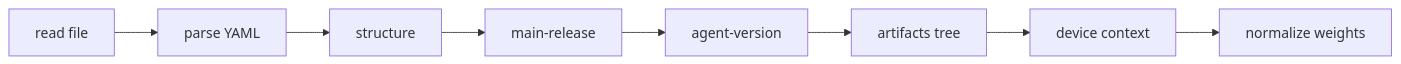
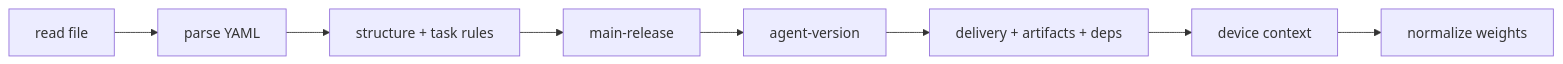
One commit to getappsh/docs changed the fifth of 6 diagrams in docs/root/deploy-v2.md. Above: the diagram before and after it, drawn with Mermaid. The commit also changed other lines of this file, not shown here.

````diff
--- a/docs/root/deploy-v2.md
+++ b/docs/root/deploy-v2.md
@@ -345,4 +404,4 @@
 ```mermaid
 flowchart LR
-    R[read file] --> P[parse YAML] --> S[structure] --> M[main-release] --> V[agent-version] --> A[artifacts tree] --> C[device context] --> W[normalize weights]
+    R[read file] --> P[parse YAML] --> S[structure + task rules] --> M[main-release] --> V[agent-version] --> A[delivery + artifacts + deps] --> C[device context] --> W[normalize weights]
 ```
````
